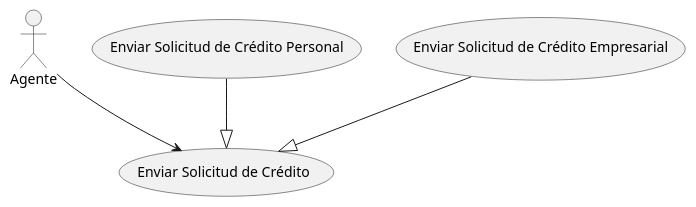
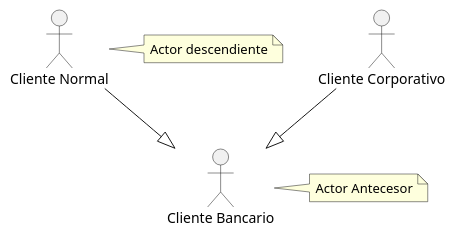
Before and after one commit to NuriaSan/PlantUML_II_NuriaSanchez: the diagram in src/PlantUML_II.puml, drawn with PlantUML.

Commit message:
Herencia. Actores

```diff
--- a/src/PlantUML_II.puml
+++ b/src/PlantUML_II.puml
@@ -1,12 +1,12 @@
 @startuml
 
-actor "Agente" as ag
+actor "Cliente Bancario" as cb
+actor "Cliente Corporativo" as cc
+actor "Cliente Normal" as cn
 
-  usecase "Enviar Solicitud de Crédito" as env
-  usecase "Enviar Solicitud de Crédito Personal" as cp
-  usecase "Enviar Solicitud de Crédito Empresarial" as ce
+cc--|>cb
+cn--|>cb
 
-ag-->env
-cp--|>env
-ce--|>env
+note right of cb :Actor Antecesor
+note right of cn :Actor descendiente
 @enduml
```
